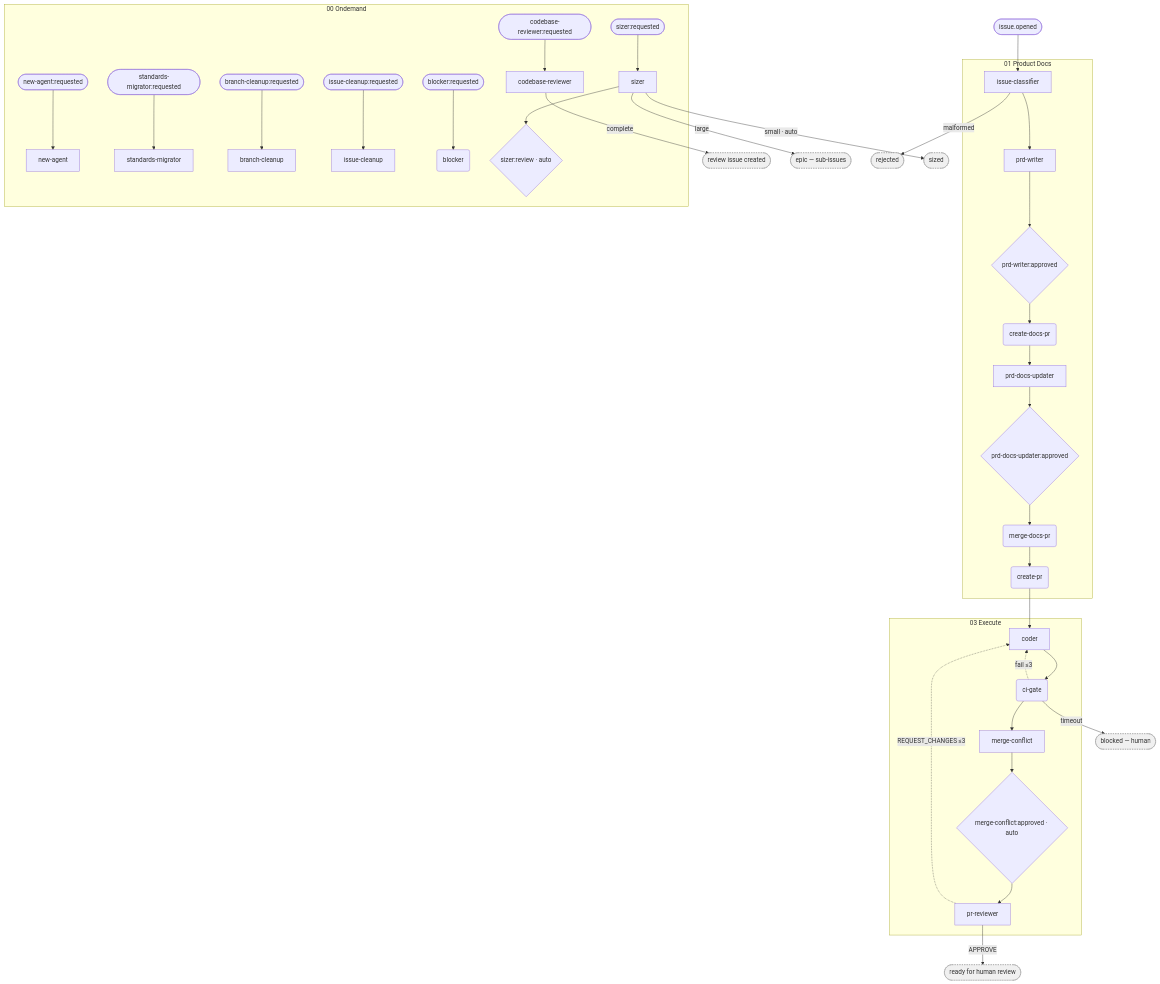
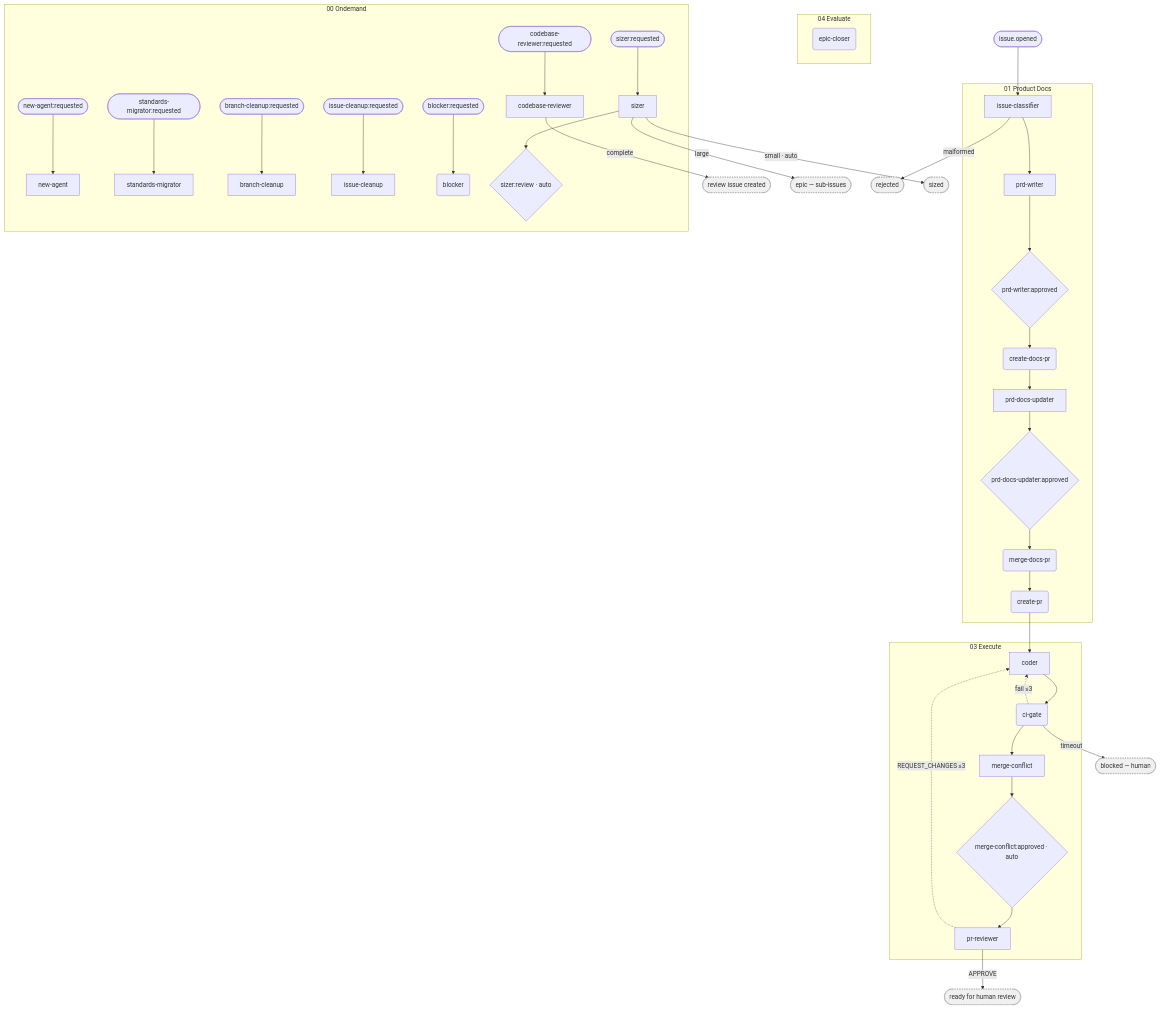
Before and after one commit to M-A-Operating-System/ai-coding-standards2: the diagram in docs/product/orchestrator/generated/pipeline_phases.mmd, drawn with Mermaid. The commit also changed 31 other files, not shown here.

```diff
--- a/docs/product/orchestrator/generated/pipeline_phases.mmd
+++ b/docs/product/orchestrator/generated/pipeline_phases.mmd
@@ -1,72 +1,75 @@
 flowchart TD
     entry_n_01_product_docs__issue_classifier(["issue.opened"])
     subgraph 01_product_docs["01 Product Docs"]
         n_01_product_docs__issue_classifier["issue-classifier"]
         n_01_product_docs__prd_writer["prd-writer"]
         n_01_product_docs__create_docs_pr("create-docs-pr")
-        n_01_product_docs__create_pr("create-pr")
         n_01_product_docs__prd_docs_updater["prd-docs-updater"]
         n_01_product_docs__merge_docs_pr("merge-docs-pr")
+        n_01_product_docs__create_pr("create-pr")
         gate__n_01_product_docs__prd_writer{"prd-writer:approved"}
         gate__n_01_product_docs__prd_docs_updater{"prd-docs-updater:approved"}
     end
     subgraph 03_execute["03 Execute"]
         n_03_execute__coder["coder"]
         n_03_execute__ci_gate("ci-gate")
         n_03_execute__merge_conflict["merge-conflict"]
         n_03_execute__pr_reviewer["pr-reviewer"]
         gate__n_03_execute__merge_conflict{"merge-conflict:approved · auto"}
+    end
+    subgraph 04_evaluate["04 Evaluate"]
+        n_04_evaluate__epic_closer("epic-closer")
     end
     subgraph 00_ondemand["00 Ondemand"]
         entry_n_00_ondemand__codebase_reviewer(["codebase-reviewer:requested"])
         entry_n_00_ondemand__sizer(["sizer:requested"])
         entry_n_00_ondemand__new_agent(["new-agent:requested"])
         entry_n_00_ondemand__standards_migrator(["standards-migrator:requested"])
         entry_n_00_ondemand__branch_cleanup(["branch-cleanup:requested"])
         entry_n_00_ondemand__issue_cleanup(["issue-cleanup:requested"])
         entry_n_00_ondemand__blocker(["blocker:requested"])
         n_00_ondemand__codebase_reviewer["codebase-reviewer"]
         n_00_ondemand__sizer["sizer"]
         n_00_ondemand__new_agent["new-agent"]
         n_00_ondemand__standards_migrator["standards-migrator"]
         n_00_ondemand__branch_cleanup["branch-cleanup"]
         n_00_ondemand__issue_cleanup["issue-cleanup"]
         n_00_ondemand__blocker("blocker")
         gate__n_00_ondemand__sizer{"sizer:review · auto"}
     end
     term_blocked(["blocked — human"]):::term
     term_cr_done(["review issue created"]):::term
     term_epic(["epic — sub-issues"]):::term
     term_ready(["ready for human review"]):::term
     term_rejected(["rejected"]):::term
     term_sized(["sized"]):::term
     entry_n_01_product_docs__issue_classifier --> n_01_product_docs__issue_classifier
     entry_n_00_ondemand__codebase_reviewer --> n_00_ondemand__codebase_reviewer
     entry_n_00_ondemand__sizer --> n_00_ondemand__sizer
     entry_n_00_ondemand__new_agent --> n_00_ondemand__new_agent
     entry_n_00_ondemand__standards_migrator --> n_00_ondemand__standards_migrator
     entry_n_00_ondemand__branch_cleanup --> n_00_ondemand__branch_cleanup
     entry_n_00_ondemand__issue_cleanup --> n_00_ondemand__issue_cleanup
     entry_n_00_ondemand__blocker --> n_00_ondemand__blocker
     n_01_product_docs__prd_writer --> gate__n_01_product_docs__prd_writer
     n_01_product_docs__prd_docs_updater --> gate__n_01_product_docs__prd_docs_updater
     n_03_execute__merge_conflict --> gate__n_03_execute__merge_conflict
     n_00_ondemand__sizer --> gate__n_00_ondemand__sizer
     n_01_product_docs__issue_classifier --> n_01_product_docs__prd_writer
     gate__n_01_product_docs__prd_writer --> n_01_product_docs__create_docs_pr
-    n_01_product_docs__merge_docs_pr --> n_01_product_docs__create_pr
     n_01_product_docs__create_docs_pr --> n_01_product_docs__prd_docs_updater
     gate__n_01_product_docs__prd_docs_updater --> n_01_product_docs__merge_docs_pr
+    n_01_product_docs__merge_docs_pr --> n_01_product_docs__create_pr
     n_01_product_docs__create_pr --> n_03_execute__coder
     n_03_execute__coder --> n_03_execute__ci_gate
     n_03_execute__ci_gate --> n_03_execute__merge_conflict
     gate__n_03_execute__merge_conflict --> n_03_execute__pr_reviewer
     n_03_execute__pr_reviewer -. REQUEST_CHANGES ≤3 .-> n_03_execute__coder
     n_03_execute__ci_gate -. fail ≤3 .-> n_03_execute__coder
     n_01_product_docs__issue_classifier -->|malformed| term_rejected
     n_03_execute__ci_gate -->|timeout| term_blocked
     n_03_execute__pr_reviewer -->|APPROVE| term_ready
     n_00_ondemand__sizer -->|small · auto| term_sized
     n_00_ondemand__sizer -->|large| term_epic
     n_00_ondemand__codebase_reviewer -->|complete| term_cr_done
     classDef term fill:#f0f0f0,stroke:#999,stroke-dasharray:3
```
